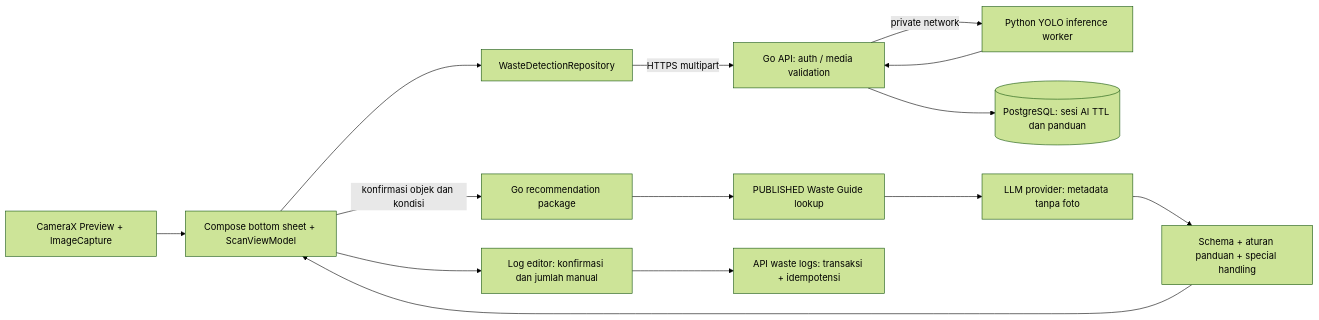
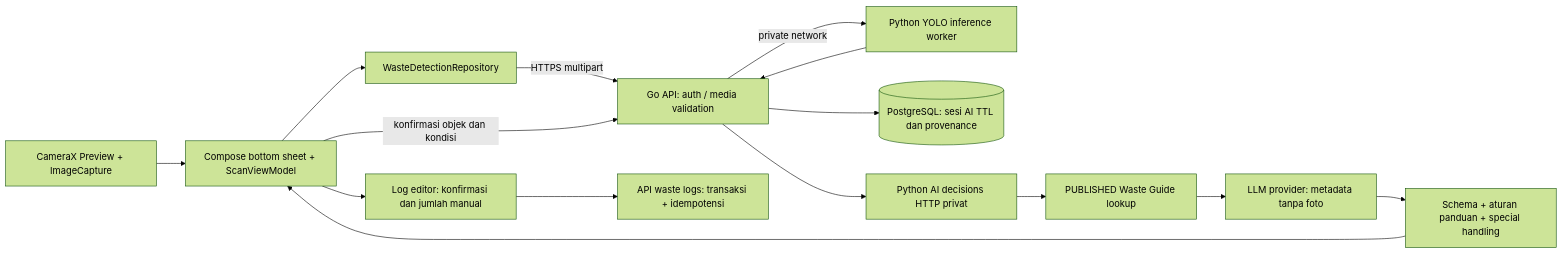
The second of 2 diagrams in docs/design-kit/ARCHITECTURE.md (waste-not-app/waste-not-android), drawn with Mermaid (forest theme) before and after one commit. The commit also changed other lines of this file and 1811 other files, not shown here.

````diff
--- a/docs/design-kit/ARCHITECTURE.md
+++ b/docs/design-kit/ARCHITECTURE.md
@@ -218,16 +218,17 @@
 ```mermaid
 flowchart LR
   Camera[CameraX Preview + ImageCapture] --> Scan[Compose bottom sheet + ScanViewModel]
   Scan --> Repo[WasteDetectionRepository]
   Repo -->|HTTPS multipart| Go[Go API: auth / media validation]
   Go -->|private network| Python[Python YOLO inference worker]
   Python --> Go
-  Go --> DB[(PostgreSQL: sesi AI TTL dan panduan)]
-  Scan -->|konfirmasi objek dan kondisi| Rec[Go recommendation package]
+  Go --> DB[(PostgreSQL: sesi AI TTL dan provenance)]
+  Scan -->|konfirmasi objek dan kondisi| Go
+  Go --> Rec[Python AI decisions HTTP privat]
   Rec --> KB[PUBLISHED Waste Guide lookup]
   KB --> LLM[LLM provider: metadata tanpa foto]
   LLM --> Guard[Schema + aturan panduan + special handling]
   Guard --> Scan
   Scan --> Draft[Log editor: konfirmasi dan jumlah manual]
   Draft --> Logs[API waste logs: transaksi + idempotensi]
 ```
````
